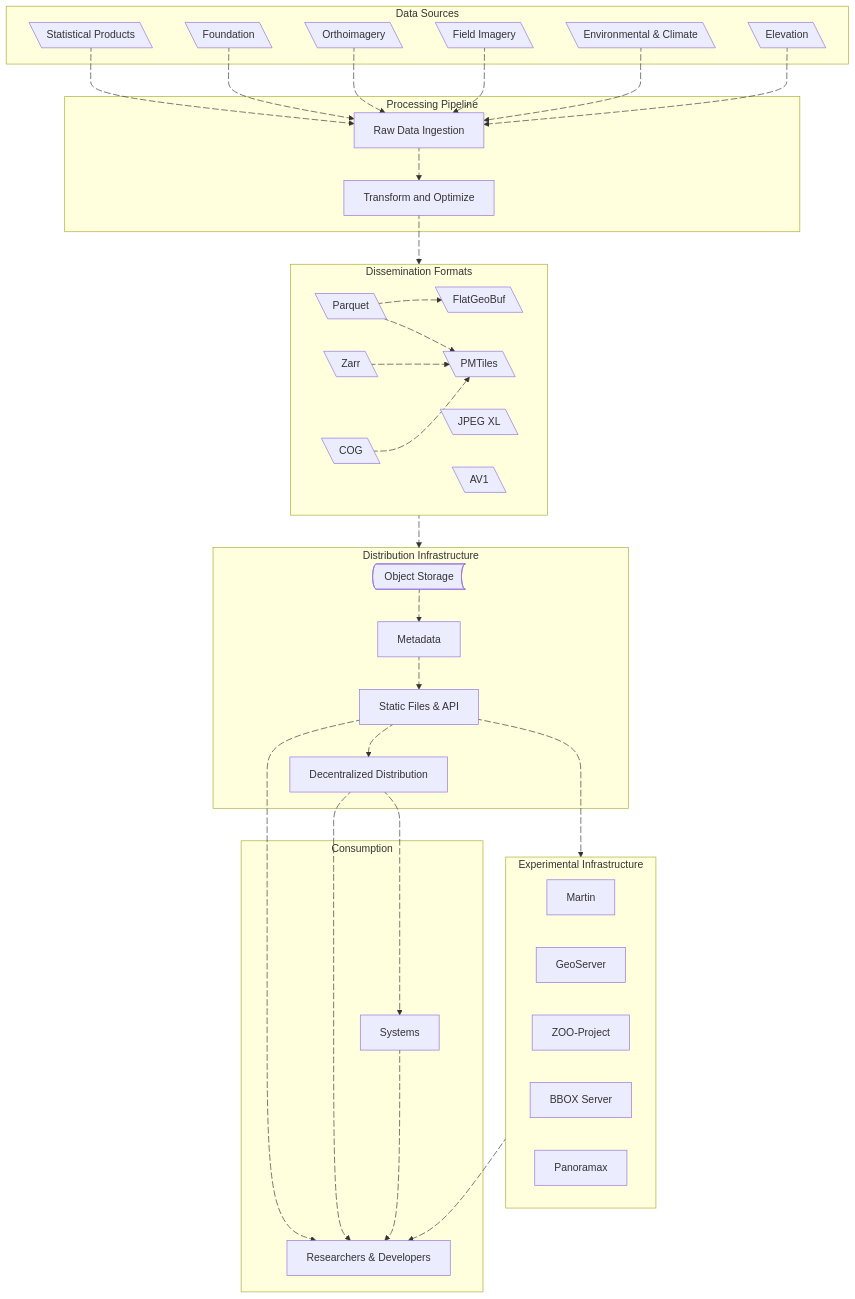
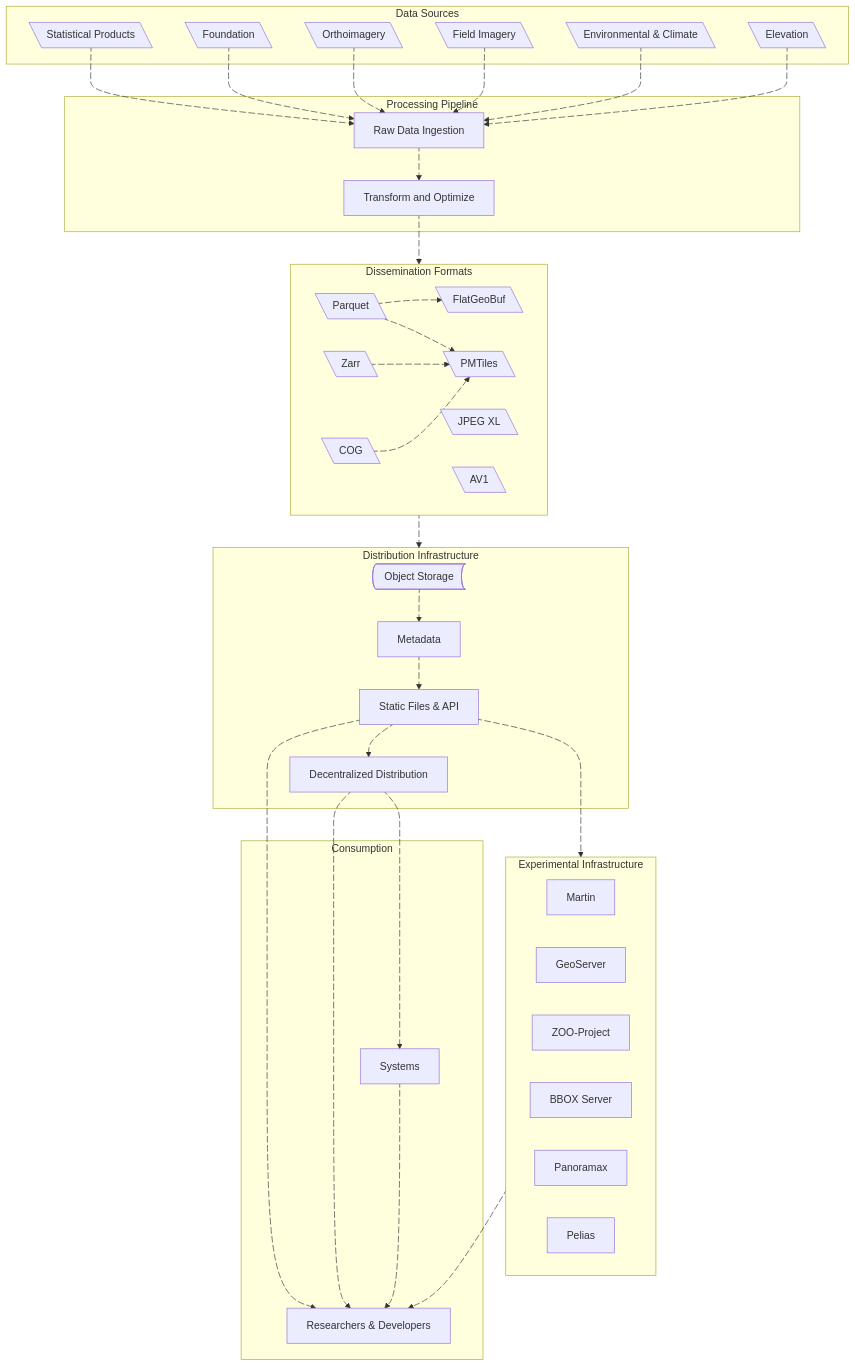
The diagram in content/_index.md (dataforcanada/www.dataforcanada.org), drawn with Mermaid before and after one commit.

Commit message:
Clean-up homepage high-level diagram and add Pelias to experimental infrastructure

````diff
--- a/content/_index.md
+++ b/content/_index.md
@@ -59,6 +59,7 @@
         ZOOProject@{ shape: rect, label: "ZOO-Project"}
         BBOXServer@{ shape: rect, label: "BBOX Server"}
         Panoramax@{ shape: rect}
+        Pelias@{ shape: rect}
     end
 
     subgraph "Consumption"
@@ -69,30 +70,30 @@
     %% Relationships
     StatProducts a1@--> Raw
     a1@{animate: true, animation: slow}
-    Foundation a41@--> Raw
-    a41@{animate: true, animation: slow}
-    Orthoimagery a2@--> Raw
+    Foundation a2@--> Raw
     a2@{animate: true, animation: slow}
-    FieldImagery a32@--> Raw
-    a32@{animate:true, animation: fast}
-    EnvironmentClimate a31@--> Raw
-    a31@{animate: true, animation: fast}
-    Elevation a3@--> Raw
+    Orthoimagery a3@--> Raw
     a3@{animate: true, animation: slow}
-    Raw a4@--> Transform
-    a4@{animate: true, animation: slow}
-    Transform a5@--> df
-    a5@{animate: true, animation: slow}
-    Parquet a7@--> FlatGeoBuf
+    FieldImagery a4@--> Raw
+    a4@{animate:true, animation: fast}
+    EnvironmentClimate a5@--> Raw
+    a5@{animate: true, animation: fast}
+    Elevation a6@--> Raw
+    a6@{animate: true, animation: slow}
+    Raw a7@--> Transform
     a7@{animate: true, animation: slow}
-    Parquet a8@--> PMTiles
+    Transform a8@--> df
     a8@{animate: true, animation: slow}
-    Zarr a39@ --> PMTiles
-    a39@{animate: true, animation: slow}
-    df a36@ --> di
-    a36@{animate: true, animation: slow}
-    COG a28@--> PMTiles
-    a28@{animate: true, animation: slow}
+    Parquet a9@--> FlatGeoBuf
+    a9@{animate: true, animation: slow}
+    Parquet a10@--> PMTiles
+    a10@{animate: true, animation: slow}
+    Zarr a11@ --> PMTiles
+    a11@{animate: true, animation: slow}
+    df a12@ --> di
+    a12@{animate: true, animation: slow}
+    COG a13@--> PMTiles
+    a13@{animate: true, animation: slow}
     ObjectStorage a14@--> Metadata
     a14@{animate: true, animation: slow}
     Metadata a15@--> HTTP
@@ -103,34 +104,36 @@
     a17@{animate: true, animation: slow}
     HTTP a18@--> DataSci
     a18@{animate: true, animation: slow}
-    DecentralizedDistribution a22@--> Systems
-    a22@{animate: true, animation: fast}
-    DecentralizedDistribution a23@--> DataSci
-    a23@{animate: true, animation: fast}
-    Systems a38@ --> DataSci
-    a38@{animate: true, animation: fast}
+    DecentralizedDistribution a19@--> Systems
+    a19@{animate: true, animation: fast}
+    DecentralizedDistribution a20@--> DataSci
+    a20@{animate: true, animation: fast}
+    Systems a21@ --> DataSci
+    a21@{animate: true, animation: fast}
+    ei a22@ --> DataSci
+    a22@{animate: true, animation: slow}
 
-    ei a40@ --> DataSci
-    a40@{animate: true, animation: slow}
-
-    click Parquet "https://github.com/apache/parquet-format/" _blank
-    click FlatGeoBuf "https://flatgeobuf.org/" _blank
-    click PMTiles "https://github.com/protomaps/PMTiles/blob/main/spec/v3/spec.md" _blank
-    click Zarr "https://github.com/zarr-developers/geozarr-spec/" _blank
+    %% URLs
     click Foundation "/docs/processes/foundation/" _blank
     click StatProducts "/docs/processes/statistical_products/" _blank
     click Orthoimagery "/docs/processes/orthoimagery/" _blank
     click FieldImagery "/docs/processes/field_imagery/" _blank
     %%click EnvironmentClimate "/docs/processes/environmental_climate/" _blank
     %%click Elevation "/docs/processes/elevation/" _blank
+
+    click Parquet "https://github.com/apache/parquet-format/" _blank
+    click FlatGeoBuf "https://flatgeobuf.org/" _blank
+    click COG "https://cogeo.org/" _blank
+    click Zarr "https://github.com/zarr-developers/geozarr-spec/" _blank
+    click PMTiles "https://github.com/protomaps/PMTiles/blob/main/spec/v3/spec.md" _blank
     click JPEGXL "https://jpeg.org/jpegxl/" _blank
     click AV1 "https://aomedia.org/specifications/av1/" _blank
     click DecentralizedDistribution "/docs/dissemination/" _blank
     click Metadata "https://stac-utils.github.io/stac-geoparquet/latest/spec/stac-geoparquet-spec/" _blank
     click Martin "https://martin.maplibre.org/" _blank
     click GeoServer "https://geoserver.org/" _blank
-    click Panoramax "https://gitlab.com/panoramax" _blank
-    click COG "https://cogeo.org/" _blank
     click ZOOProject "https://zoo-project.org/" _blank
     click BBOXServer "https://www.bbox.earth/" _blank
+    click Panoramax "https://gitlab.com/panoramax" _blank
+    click Pelias "https://pelias.io" _blank
 ```
````
